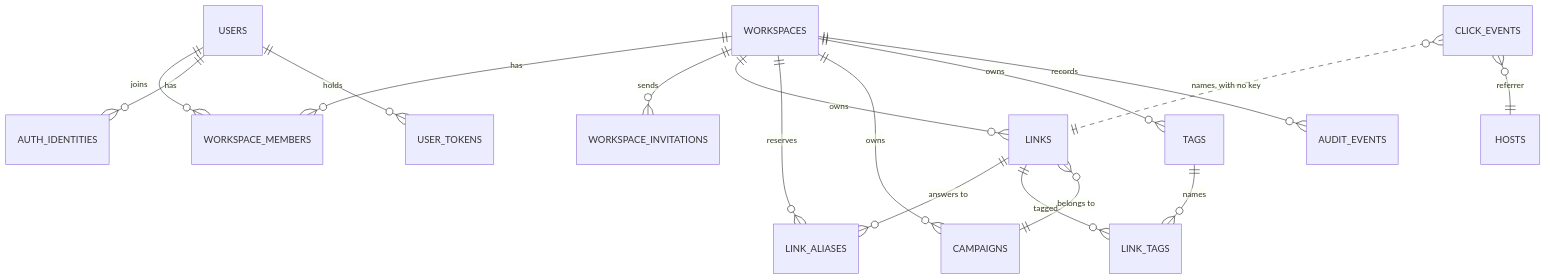
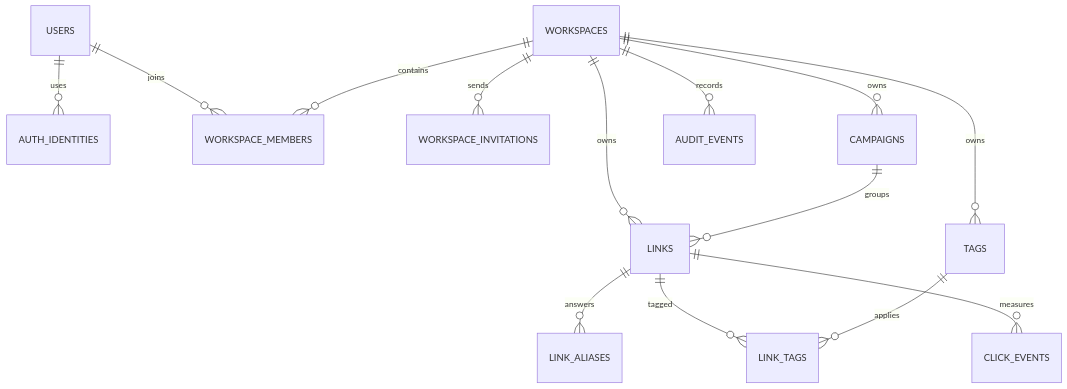
Before and after one commit to hamedniroomand/masir: the diagram in docs/reference/data-model.md, drawn with Mermaid. The commit also changed other lines of this file and 31 other files, not shown here.

````diff
--- a/docs/reference/data-model.md
+++ b/docs/reference/data-model.md
@@ -9,19 +10,16 @@
 ```mermaid
 erDiagram
-  WORKSPACES ||--o{ WORKSPACE_MEMBERS : has
+  USERS ||--o{ AUTH_IDENTITIES : uses
+  USERS ||--o{ WORKSPACE_MEMBERS : joins
+  WORKSPACES ||--o{ WORKSPACE_MEMBERS : contains
   WORKSPACES ||--o{ WORKSPACE_INVITATIONS : sends
   WORKSPACES ||--o{ LINKS : owns
-  WORKSPACES ||--o{ LINK_ALIASES : reserves
   WORKSPACES ||--o{ CAMPAIGNS : owns
   WORKSPACES ||--o{ TAGS : owns
+  LINKS ||--o{ LINK_ALIASES : answers
+  LINKS ||--o{ LINK_TAGS : tagged
+  TAGS ||--o{ LINK_TAGS : applies
+  CAMPAIGNS ||--o{ LINKS : groups
   WORKSPACES ||--o{ AUDIT_EVENTS : records
-  USERS ||--o{ WORKSPACE_MEMBERS : joins
-  USERS ||--o{ AUTH_IDENTITIES : has
-  USERS ||--o{ USER_TOKENS : holds
-  LINKS ||--o{ LINK_ALIASES : "answers to"
-  LINKS ||--o{ LINK_TAGS : tagged
-  LINKS }o--|| CAMPAIGNS : "belongs to"
-  TAGS ||--o{ LINK_TAGS : names
-  CLICK_EVENTS }o..|| LINKS : "names, with no key"
-  CLICK_EVENTS }o--|| HOSTS : "referrer"
+  LINKS ||--o{ CLICK_EVENTS : measures
 ```
````
